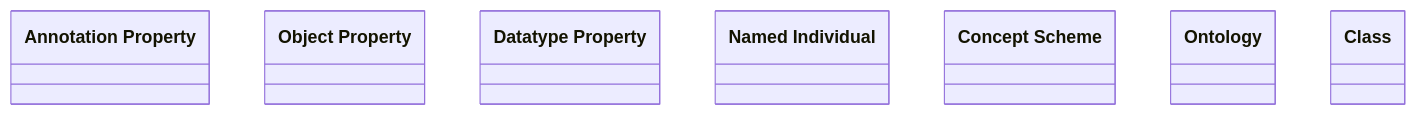
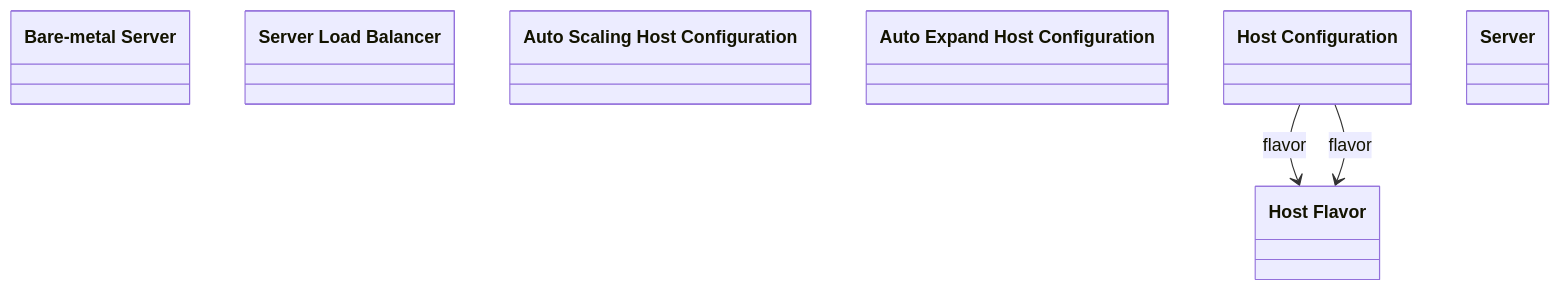
The diagram in output/ieswc_leng/server.ttl-leng-7-0-hard.md (oeg-upm/Devos), drawn with Mermaid before and after one commit. The commit also changed 267 other files, not shown here.

````diff
--- a/output/ieswc_leng/server.ttl-leng-7-0-hard.md
+++ b/output/ieswc_leng/server.ttl-leng-7-0-hard.md
@@ -1,35 +1,39 @@
 ```mermaid
 	classDiagram
 
     
-    class `Annotation Property` {
+    class `Bare-metal Server` {
     
     }
 
-    class `Object Property` {
+    class `Host Flavor` {
     
     }
 
-    class `Datatype Property` {
+    class `Server Load Balancer` {
     
     }
 
-    class `Named Individual` {
+    class `Auto Scaling Host Configuration` {
     
     }
 
-    class `Concept Scheme` {
+    class `Auto Expand Host Configuration` {
     
     }
 
-    class `Ontology` {
+    class `Host Configuration` {
     
     }
 
-    class `Class` {
+    class `Server` {
     
     }
 
 
 
+`Host Configuration`  --> `Host Flavor`   :flavor  
+
+`Host Configuration`  --> `Host Flavor`   :flavor  
+
 ```
````
